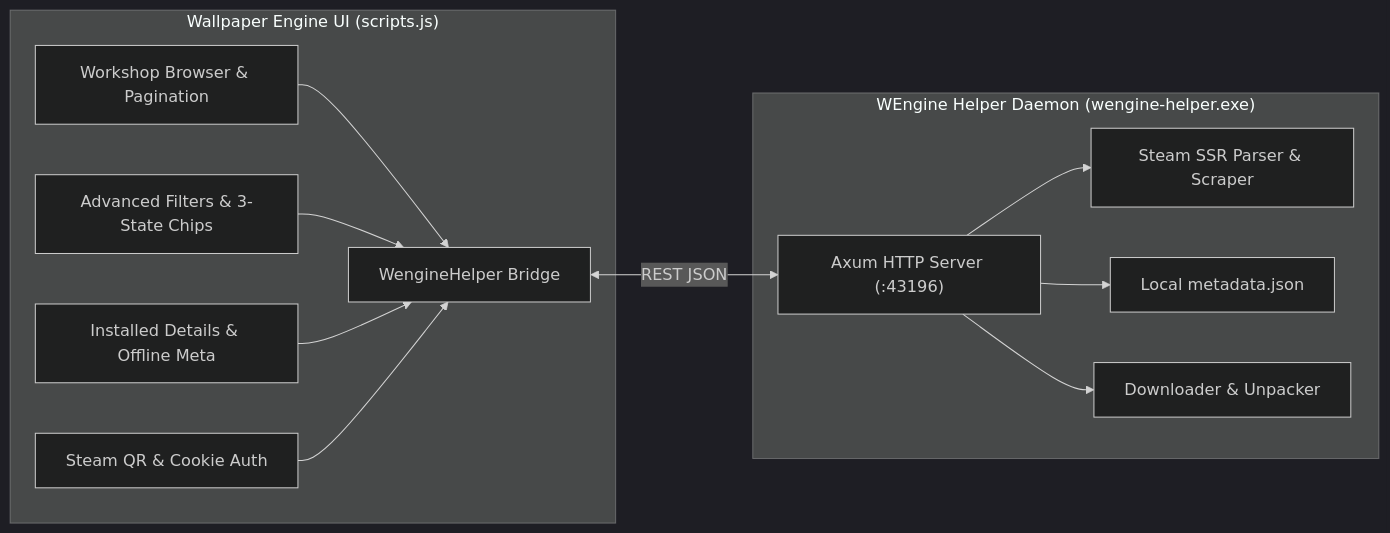
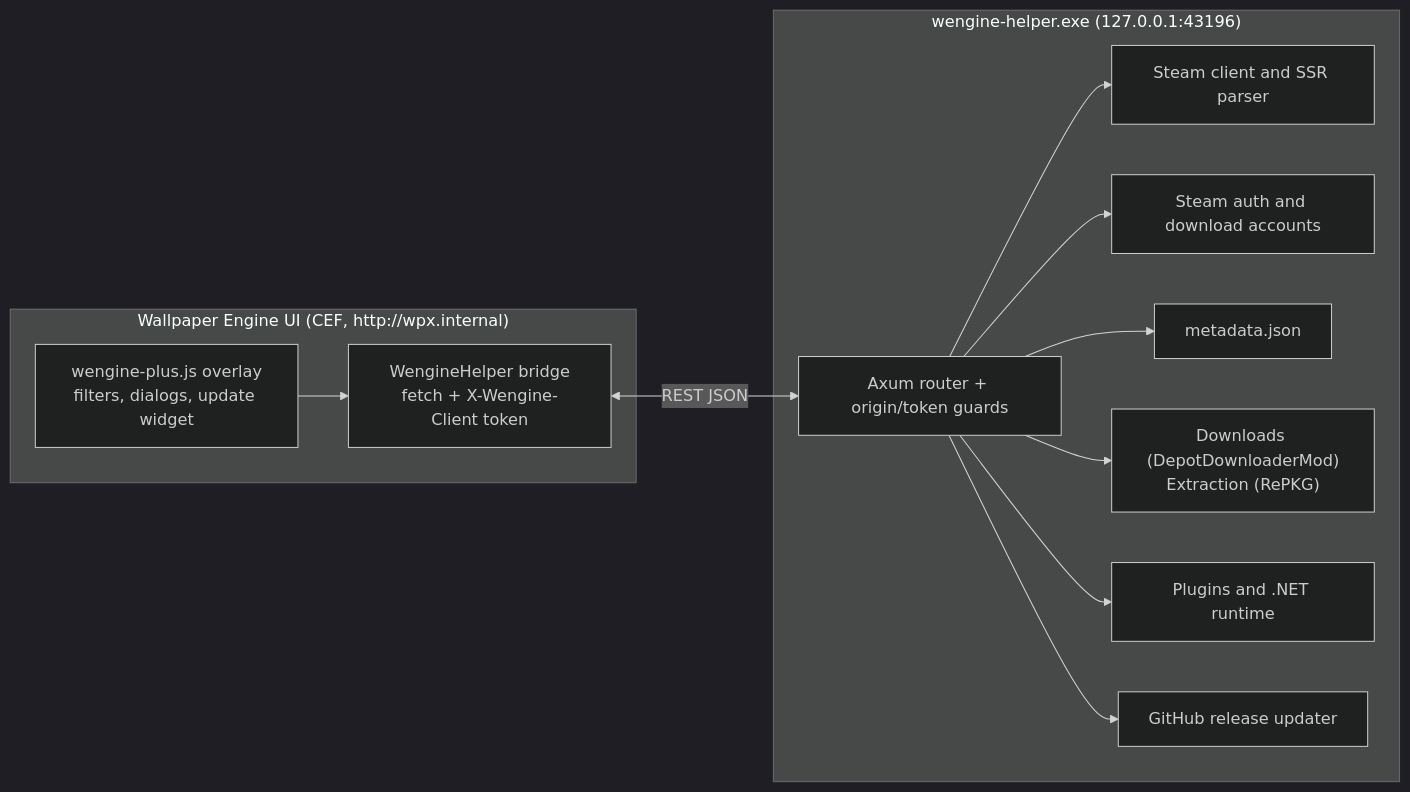
One commit to psyattack/WEngine-Plus changed the diagram in README.md. Above: the diagram before and after it, drawn with Mermaid (dark theme). The commit also changed other lines of this file and 49 other files, not shown here.

````diff
--- a/README.md
+++ b/README.md
@@ -21,26 +58,26 @@
 ```mermaid
 flowchart LR
-    subgraph UI ["Wallpaper Engine UI (scripts.js)"]
-        Bridge["WengineHelper Bridge"]
-        WorkshopUI["Workshop Browser & Pagination"]
-        FilterUI["Advanced Filters & 3-State Chips"]
-        MetaUI["Installed Details & Offline Meta"]
-        AuthUI["Steam QR & Cookie Auth"]
+    subgraph UI ["Wallpaper Engine UI (CEF, http://wpx.internal)"]
+        Overlay["wengine-plus.js overlay<br/>filters, dialogs, update widget"]
+        Bridge["WengineHelper bridge<br/>fetch + X-Wengine-Client token"]
     end
 
-    subgraph Backend ["WEngine Helper Daemon (wengine-helper.exe)"]
-        AxumRouter["Axum HTTP Server (:43196)"]
-        SteamClient["Steam SSR Parser & Scraper"]
-        MetaStore["Local metadata.json"]
-        Engine["Downloader & Unpacker"]
+    subgraph Helper ["wengine-helper.exe (127.0.0.1:43196)"]
+        Router["Axum router + origin/token guards"]
+        Steam["Steam client and SSR parser"]
+        Auth["Steam auth and download accounts"]
+        Meta["metadata.json"]
+        Jobs["Downloads (DepotDownloaderMod)<br/>Extraction (RePKG)"]
+        Runtime["Plugins and .NET runtime"]
+        Updater["GitHub release updater"]
     end
 
-    Bridge <-->|REST JSON| AxumRouter
-    WorkshopUI --> Bridge
-    FilterUI --> Bridge
-    MetaUI --> Bridge
-    AuthUI --> Bridge
-    AxumRouter --> SteamClient
-    AxumRouter --> MetaStore
-    AxumRouter --> Engine
+    Overlay --> Bridge
+    Bridge <-->|REST JSON| Router
+    Router --> Steam
+    Router --> Auth
+    Router --> Meta
+    Router --> Jobs
+    Router --> Runtime
+    Router --> Updater
 ```
````
